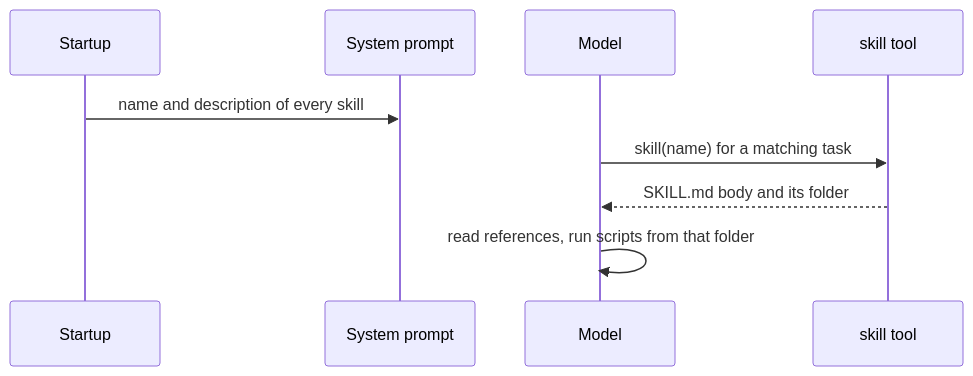
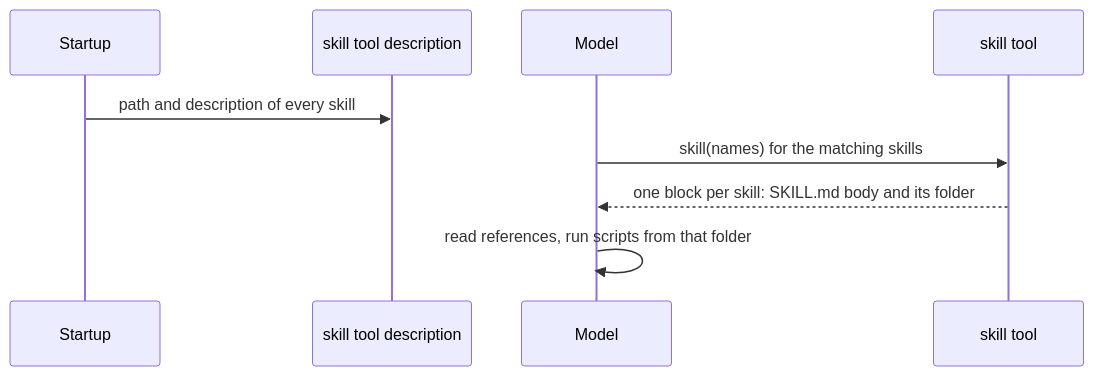
Before and after one commit to bgauryy/octocode-coding-agent: the third of 3 diagrams in packages/coding-agent/docs/skills.md, drawn with Mermaid. The commit also changed other lines of this file and 1026 other files, not shown here.

````diff
--- a/packages/coding-agent/docs/skills.md
+++ b/packages/coding-agent/docs/skills.md
@@ -151,11 +151,11 @@
 ```mermaid
 sequenceDiagram
   participant S as Startup
-  participant P as System prompt
+  participant D as skill tool description
   participant M as Model
   participant T as skill tool
-  S->>P: name and description of every skill
-  M->>T: skill(name) for a matching task
-  T-->>M: SKILL.md body and its folder
+  S->>D: path and description of every skill
+  M->>T: skill(names) for the matching skills
+  T-->>M: one block per skill: SKILL.md body and its folder
   M->>M: read references, run scripts from that folder
 ```
````
